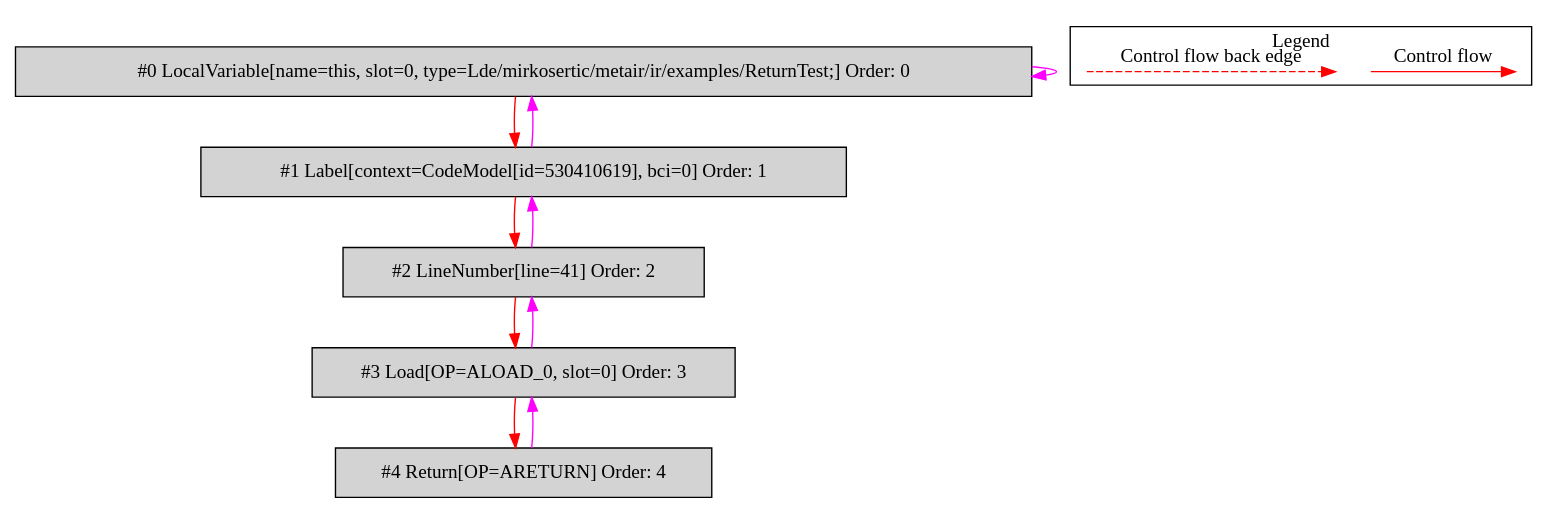
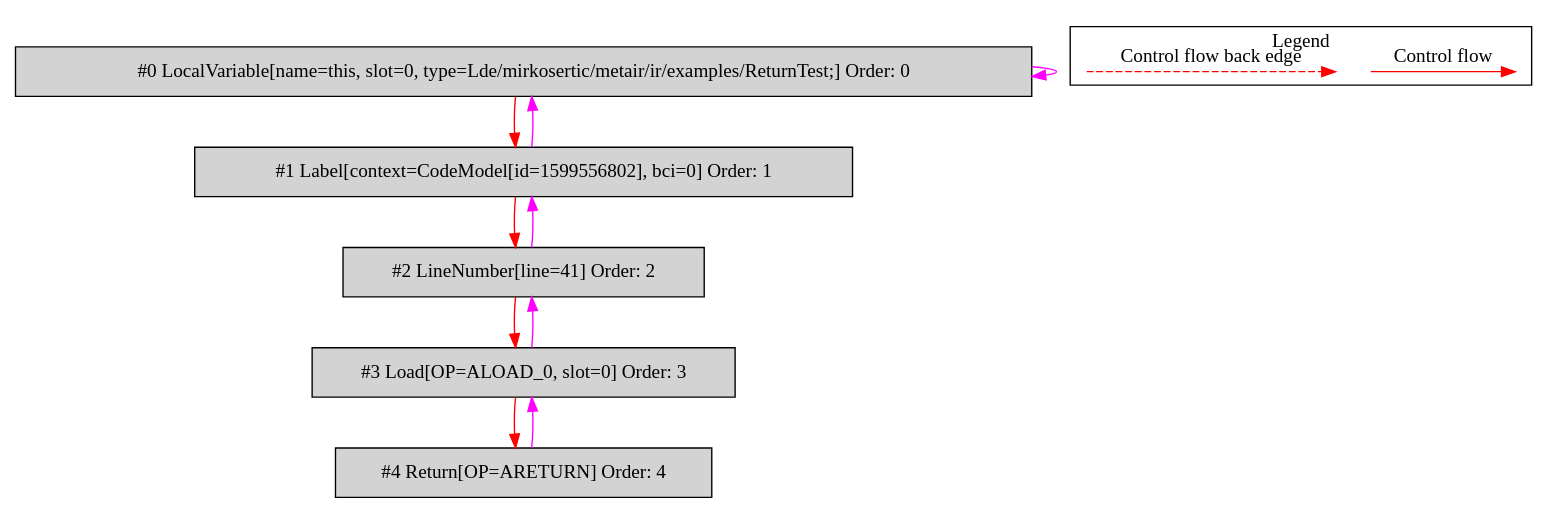
One commit to mirkosertic/MetaIR changed the diagram in de.mirkosertic.metair.ir.examples.ReturnTest/returnObject/bytecodecfg.dot. Above: the diagram before and after it, drawn with Graphviz. The commit also changed 465 other files, not shown here.

```diff
--- a/de.mirkosertic.metair.ir.examples.ReturnTest/returnObject/bytecodecfg.dot
+++ b/de.mirkosertic.metair.ir.examples.ReturnTest/returnObject/bytecodecfg.dot
@@ -1,31 +1,31 @@
 digraph {
  ordering="in";
  node0[label="#0 LocalVariable[name=this, slot=0, type=Lde/mirkosertic/metair/ir/examples/ReturnTest;] Order: 0", shape=box, fillcolor=lightgrey, style=filled];
- node1[label="#1 Label[context=CodeModel[id=530410619], bci=0] Order: 1", shape=box, fillcolor=lightgrey, style=filled];
+ node1[label="#1 Label[context=CodeModel[id=1599556802], bci=0] Order: 1", shape=box, fillcolor=lightgrey, style=filled];
  node2[label="#2 LineNumber[line=41] Order: 2", shape=box, fillcolor=lightgrey, style=filled];
  node3[label="#3 Load[OP=ALOAD_0, slot=0] Order: 3", shape=box, fillcolor=lightgrey, style=filled];
  node4[label="#4 Return[OP=ARETURN] Order: 4", shape=box, fillcolor=lightgrey, style=filled];
  node0 -> node0[color=fuchsia];
  node0 -> node1[color=red];
  node1 -> node0[color=fuchsia];
  node1 -> node2[color=red];
  node2 -> node1[color=fuchsia];
  node2 -> node3[color=red];
  node3 -> node2[color=fuchsia];
  node3 -> node4[color=red];
  node4 -> node3[color=fuchsia];
  subgraph cluster_000 {
   label = "Legend";
   node [shape=point]
   {
    rank=same;
    c0 [style = invis];
    c1 [style = invis];
    c2 [style = invis];
    c3 [style = invis];
   }
   c0 -> c1 [label="Control flow", style=solid, color=red]
   c2 -> c3 [label="Control flow back edge", style=dashed, color=red]
  }
 
 }
```
